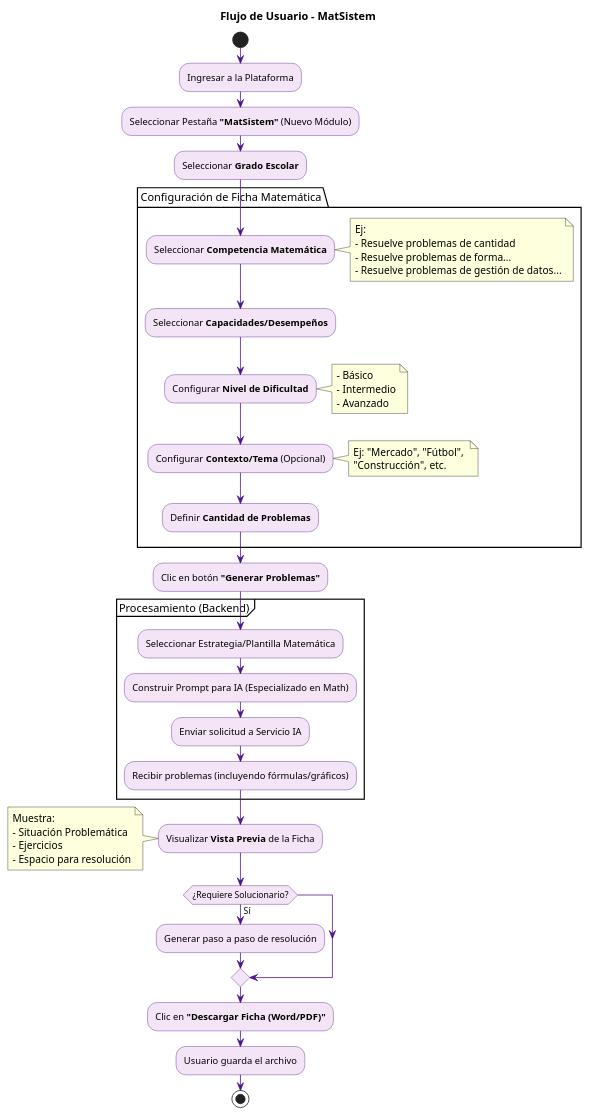
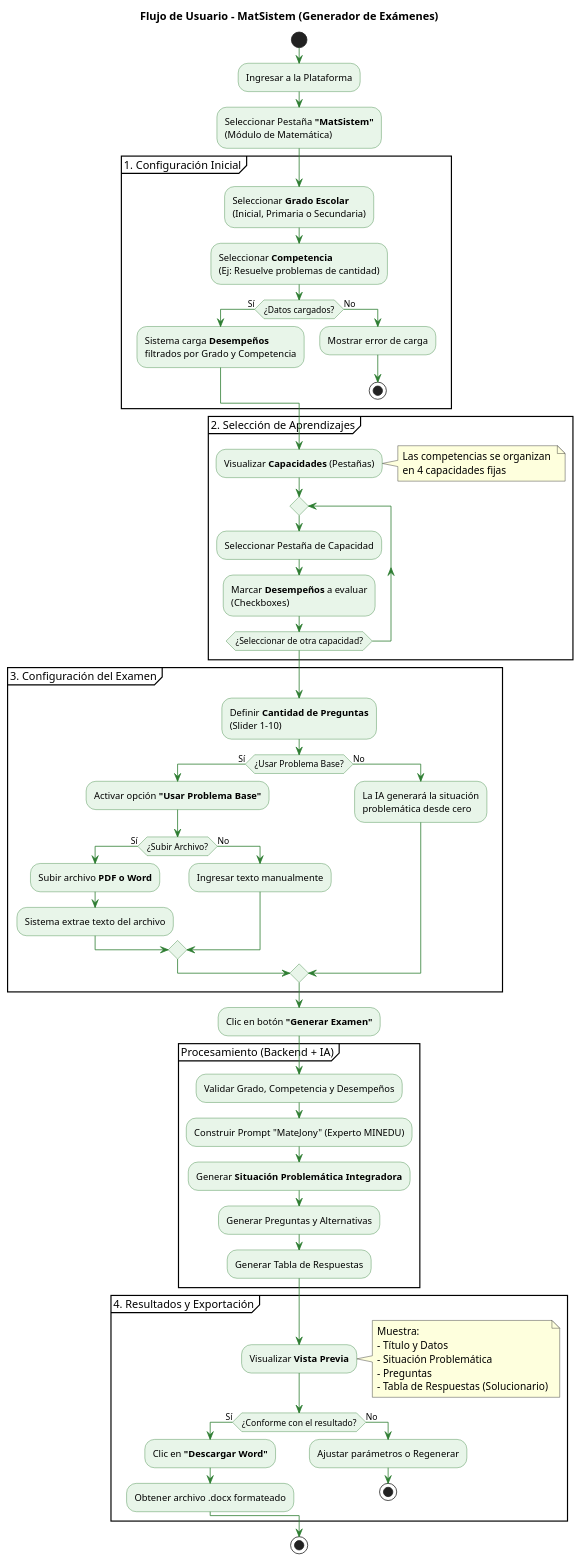
One commit to royeraf/generador_examenes_DRE changed the diagram in diagrams/flujo_matsistem.puml. Above: the diagram before and after it, drawn with PlantUML. The commit also changed 2 other files, not shown here.

Commit message:
feat: Redesign MatSistem's user flow for math exam generation and add a detailed system process diagram.

```diff
--- a/diagrams/flujo_matsistem.puml
+++ b/diagrams/flujo_matsistem.puml
@@ -1,67 +1,92 @@
 @startuml
-title Flujo de Usuario - MatSistem
+title Flujo de Usuario - MatSistem (Generador de Exámenes)
 skinparam backgroundColor white
 skinparam activity {
-  BackgroundColor #f3e5f5
-  BorderColor #4a148c
-  ArrowColor #4a148c
+  BackgroundColor #e8f5e9
+  BorderColor #2e7d32
+  ArrowColor #2e7d32
 }
 
 start
 :Ingresar a la Plataforma;
-:Seleccionar Pestaña **"MatSistem"** (Nuevo Módulo);
-:Seleccionar **Grado Escolar**;
+:Seleccionar Pestaña **"MatSistem"** 
+(Módulo de Matemática);
 
-package "Configuración de Ficha Matemática" {
-  :Seleccionar **Competencia Matemática**;
+partition "1. Configuración Inicial" {
+  :Seleccionar **Grado Escolar**
+  (Inicial, Primaria o Secundaria);
+  :Seleccionar **Competencia**
+  (Ej: Resuelve problemas de cantidad);
+  
+  if (¿Datos cargados?) then (Sí)
+    :Sistema carga **Desempeños** 
+    filtrados por Grado y Competencia;
+  else (No)
+    :Mostrar error de carga;
+    stop
+  endif
+}
+
+partition "2. Selección de Aprendizajes" {
+  :Visualizar **Capacidades** (Pestañas);
   note right
-    Ej:
-    - Resuelve problemas de cantidad
-    - Resuelve problemas de forma...
-    - Resuelve problemas de gestión de datos...
+    Las competencias se organizan 
+    en 4 capacidades fijas
   end note
   
-  :Seleccionar **Capacidades/Desempeños**;
+  repeat
+    :Seleccionar Pestaña de Capacidad;
+    :Marcar **Desempeños** a evaluar
+    (Checkboxes);
+  repeat while (¿Seleccionar de otra capacidad?)
+}
+
+partition "3. Configuración del Examen" {
+  :Definir **Cantidad de Preguntas**
+  (Slider 1-10);
   
-  :Configurar **Nivel de Dificultad**;
+  if (¿Usar Problema Base?) then (Sí)
+    :Activar opción **"Usar Problema Base"**;
+    if (¿Subir Archivo?) then (Sí)
+      :Subir archivo **PDF o Word**;
+      :Sistema extrae texto del archivo;
+    else (No)
+      :Ingresar texto manualmente;
+    endif
+  else (No)
+    :La IA generará la situación
+    problemática desde cero;
+  endif
+}
+
+:Clic en botón **"Generar Examen"**;
+
+partition "Procesamiento (Backend + IA)" {
+  :Validar Grado, Competencia y Desempeños;
+  :Construir Prompt "MateJony" (Experto MINEDU);
+  :Generar **Situación Problemática Integradora**;
+  :Generar Preguntas y Alternativas;
+  :Generar Tabla de Respuestas;
+}
+
+partition "4. Resultados y Exportación" {
+  :Visualizar **Vista Previa**;
   note right
-    - Básico
-    - Intermedio
-    - Avanzado
-  end note
-
-  :Configurar **Contexto/Tema** (Opcional);
-  note right
-    Ej: "Mercado", "Fútbol", 
-    "Construcción", etc.
+    Muestra:
+    - Título y Datos
+    - Situación Problemática
+    - Preguntas
+    - Tabla de Respuestas (Solucionario)
   end note
   
-  :Definir **Cantidad de Problemas**;
+  if (¿Conforme con el resultado?) then (Sí)
+    :Clic en **"Descargar Word"**;
+    :Obtener archivo .docx formateado;
+  else (No)
+    :Ajustar parámetros o Regenerar;
+    stop
+  endif
 }
-
-:Clic en botón **"Generar Problemas"**;
-
-partition "Procesamiento (Backend)" {
-  :Seleccionar Estrategia/Plantilla Matemática;
-  :Construir Prompt para IA (Especializado en Math);
-  :Enviar solicitud a Servicio IA;
-  :Recibir problemas (incluyendo fórmulas/gráficos);
-}
-
-:Visualizar **Vista Previa** de la Ficha;
-note left
-  Muestra:
-  - Situación Problemática
-  - Ejercicios
-  - Espacio para resolución
-end note
-
-if (¿Requiere Solucionario?) then (Sí)
-  :Generar paso a paso de resolución;
-endif
-
-:Clic en **"Descargar Ficha (Word/PDF)"**;
-:Usuario guarda el archivo;
 
 stop
 @enduml
```
